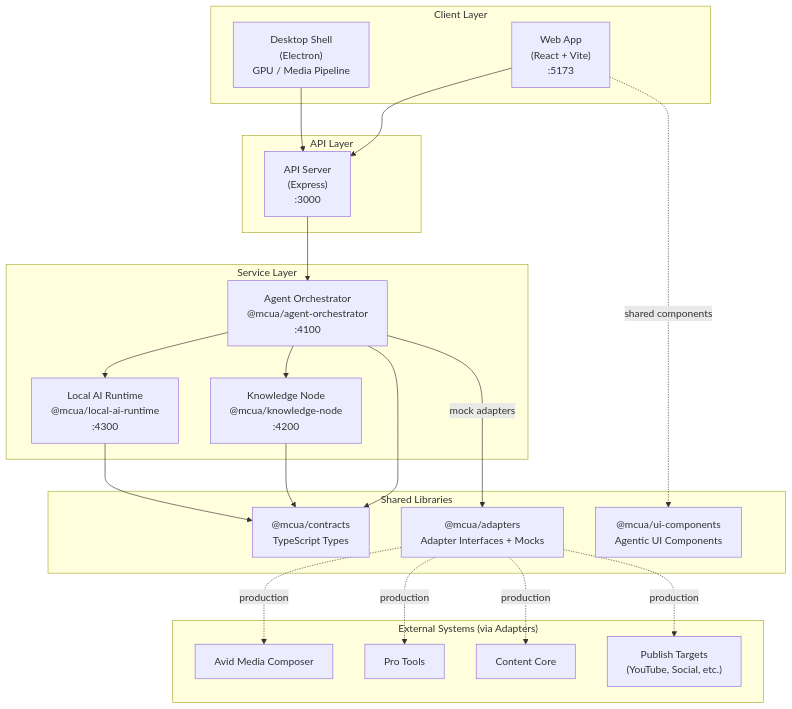
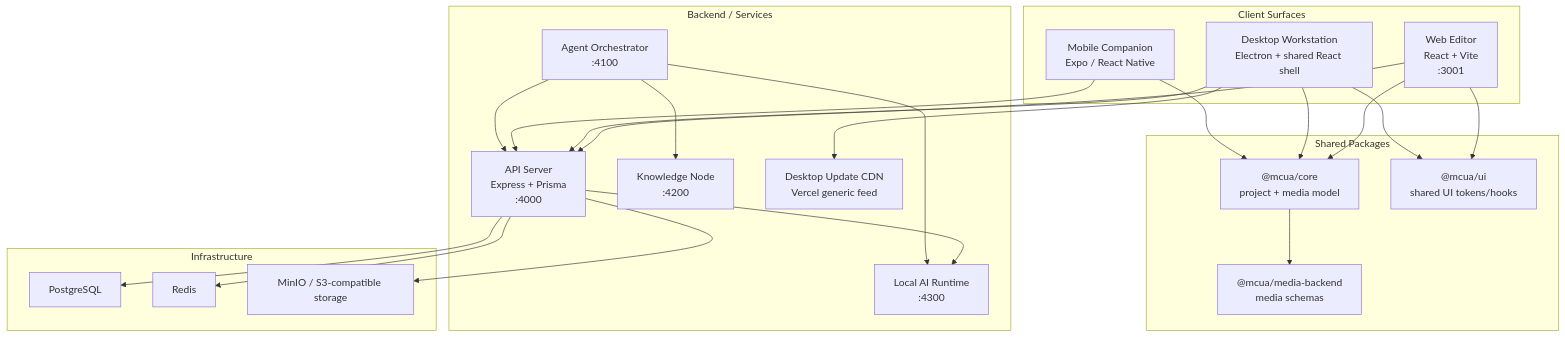
One commit to gaubuchon-design/the-avid changed the first of 3 diagrams in docs/ARCHITECTURE_DIAGRAM.md. Above: the diagram before and after it, drawn with Mermaid. The commit also changed other lines of this file and 12 other files, not shown here.

````diff
--- a/docs/ARCHITECTURE_DIAGRAM.md
+++ b/docs/ARCHITECTURE_DIAGRAM.md
@@ -5,45 +5,50 @@
 ```mermaid
 graph TB
-    subgraph "Client Layer"
-        WEB["Web App<br/>(React + Vite)<br/>:5173"]
-        DESKTOP["Desktop Shell<br/>(Electron)<br/>GPU / Media Pipeline"]
+    subgraph "Client Surfaces"
+        WEB["Web Editor<br/>React + Vite<br/>:3001"]
+        DESKTOP["Desktop Workstation<br/>Electron + shared React shell"]
+        MOBILE["Mobile Companion<br/>Expo / React Native"]
     end
 
-    subgraph "API Layer"
-        API["API Server<br/>(Express)<br/>:3000"]
+    subgraph "Shared Packages"
+        CORE["@mcua/core<br/>project + media model"]
+        MEDIA["@mcua/media-backend<br/>media schemas"]
+        UI["@mcua/ui<br/>shared UI tokens/hooks"]
     end
 
-    subgraph "Service Layer"
-        ORCH["Agent Orchestrator<br/>@mcua/agent-orchestrator<br/>:4100"]
-        KN["Knowledge Node<br/>@mcua/knowledge-node<br/>:4200"]
-        AIR["Local AI Runtime<br/>@mcua/local-ai-runtime<br/>:4300"]
+    subgraph "Backend / Services"
+        API["API Server<br/>Express + Prisma<br/>:4000"]
+        ORCH["Agent Orchestrator<br/>:4100"]
+        KNOW["Knowledge Node<br/>:4200"]
+        AIR["Local AI Runtime<br/>:4300"]
+        UPDATES["Desktop Update CDN<br/>Vercel generic feed"]
     end
 
-    subgraph "Shared Libraries"
-        CONTRACTS["@mcua/contracts<br/>TypeScript Types"]
-        ADAPTERS["@mcua/adapters<br/>Adapter Interfaces + Mocks"]
-        UICOMP["@mcua/ui-components<br/>Agentic UI Components"]
+    subgraph "Infrastructure"
+        PG["PostgreSQL"]
+        REDIS["Redis"]
+        MINIO["MinIO / S3-compatible storage"]
     end
 
-    subgraph "External Systems (via Adapters)"
-        MC["Avid Media Composer"]
-        PT["Pro Tools"]
-        CC["Content Core"]
-        PUB["Publish Targets<br/>(YouTube, Social, etc.)"]
-    end
+    WEB --> CORE
+    WEB --> UI
+    DESKTOP --> CORE
+    DESKTOP --> UI
+    DESKTOP --> UPDATES
+    MOBILE --> CORE
 
     WEB --> API
     DESKTOP --> API
-    WEB -.->|shared components| UICOMP
-    API --> ORCH
-    ORCH --> KN
+    MOBILE --> API
+
+    API --> PG
+    API --> REDIS
+    API --> MINIO
+    API --> AIR
+
+    ORCH --> KNOW
     ORCH --> AIR
-    ORCH -->|mock adapters| ADAPTERS
-    ADAPTERS -.->|production| MC
-    ADAPTERS -.->|production| PT
-    ADAPTERS -.->|production| CC
-    ADAPTERS -.->|production| PUB
-    ORCH --> CONTRACTS
-    KN --> CONTRACTS
-    AIR --> CONTRACTS
+    ORCH --> API
+
+    CORE --> MEDIA
 ```
````
